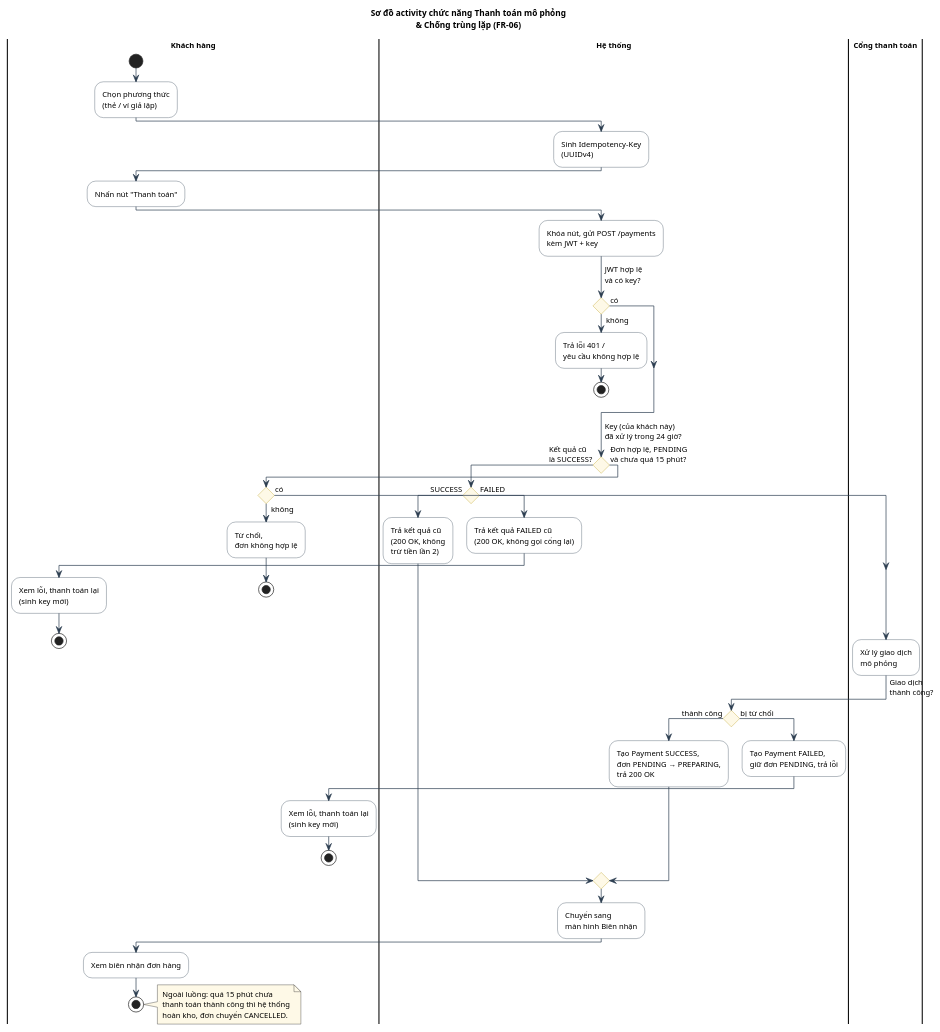
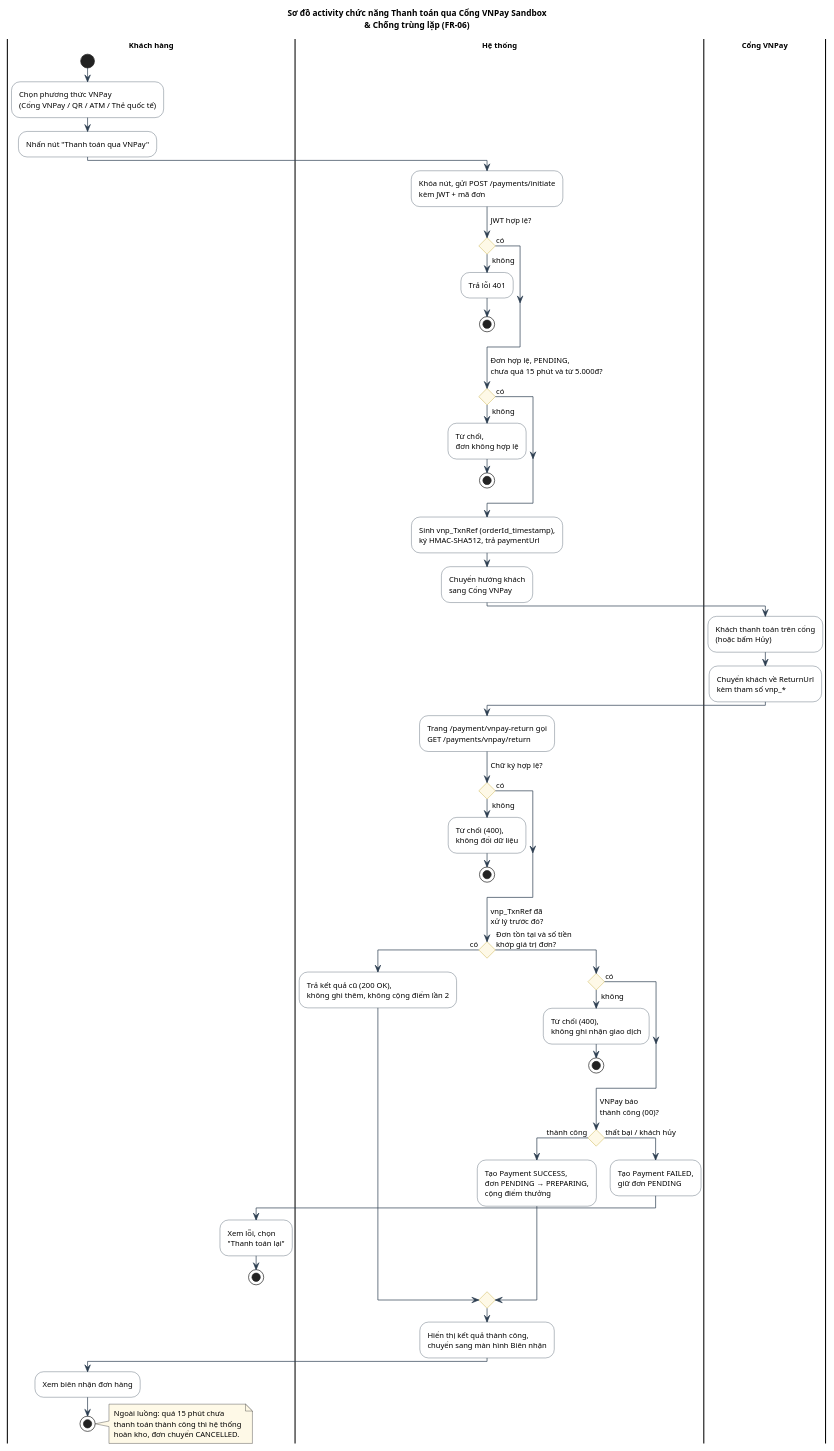
One commit to Phuc280106/BrewLite2 changed the diagram in docs/diagrams/payment/activity-payment.puml. Above: the diagram before and after it, drawn with PlantUML. The commit also changed 20 other files, not shown here.

Commit message:
feat(payment): tich hop cong thanh toan VNPay Sandbox va go bo nut gia lap

```diff
--- a/docs/diagrams/payment/activity-payment.puml
+++ b/docs/diagrams/payment/activity-payment.puml
@@ -1,86 +1,92 @@
 @startuml
-title Sơ đồ activity chức năng Thanh toán mô phỏng\n& Chống trùng lặp (FR-06)
+title Sơ đồ activity chức năng Thanh toán qua Cổng VNPay Sandbox\n& Chống trùng lặp (FR-06)
 
 skinparam defaultFontSize 11
 skinparam titleFontSize 12
 skinparam Padding 1
 skinparam ConditionStyle diamond
 skinparam ConditionEndStyle diamond
 skinparam ActivityPadding 4
 skinparam ActivityBackgroundColor #FFFFFF
 skinparam ActivityBorderColor #2C3E50
 skinparam ArrowColor #2C3E50
 skinparam ActivityDiamondBackgroundColor #FEF9E7
 skinparam ActivityDiamondBorderColor #B7950B
 skinparam swimlaneTitleFontStyle bold
 skinparam NoteBackgroundColor #FEF9E7
 
 |Khách hàng|
 start
-:Chọn phương thức\n(thẻ / ví giả lập);
+:Chọn phương thức VNPay\n(Cổng VNPay / QR / ATM / Thẻ quốc tế);
+:Nhấn nút "Thanh toán qua VNPay";
 
 |Hệ thống|
-:Sinh Idempotency-Key\n(UUIDv4);
+:Khóa nút, gửi POST /payments/initiate\nkèm JWT + mã đơn;
 
-|Khách hàng|
-:Nhấn nút "Thanh toán";
-
-|Hệ thống|
-:Khóa nút, gửi POST /payments\nkèm JWT + key;
-
--> JWT hợp lệ\nvà có key?;
+-> JWT hợp lệ?;
 if () then (không)
-  :Trả lỗi 401 /\nyêu cầu không hợp lệ;
+  :Trả lỗi 401;
   stop
 else (có)
 endif
 
--> Key (của khách này)\nđã xử lý trong 24 giờ?;
+-> Đơn hợp lệ, PENDING,\nchưa quá 15 phút và từ 5.000đ?;
+if () then (không)
+  :Từ chối,\nđơn không hợp lệ;
+  stop
+else (có)
+endif
+
+:Sinh vnp_TxnRef (orderId_timestamp),\nký HMAC-SHA512, trả paymentUrl;
+:Chuyển hướng khách\nsang Cổng VNPay;
+
+|Cổng VNPay|
+:Khách thanh toán trên cổng\n(hoặc bấm Hủy);
+:Chuyển khách về ReturnUrl\nkèm tham số vnp_*;
+
+|Hệ thống|
+:Trang /payment/vnpay-return gọi\nGET /payments/vnpay/return;
+
+-> Chữ ký hợp lệ?;
+if () then (không)
+  :Từ chối (400),\nkhông đổi dữ liệu;
+  stop
+else (có)
+endif
+
+-> vnp_TxnRef đã\nxử lý trước đó?;
 if () then (có)
-  -> Kết quả cũ\nlà SUCCESS?;
-  if () then (SUCCESS)
-    :Trả kết quả cũ\n(200 OK, không\ntrừ tiền lần 2);
-  else (FAILED)
-    :Trả kết quả FAILED cũ\n(200 OK, không gọi cổng lại);
-
-    |Khách hàng|
-    :Xem lỗi, thanh toán lại\n(sinh key mới);
-    stop
-  endif
+  :Trả kết quả cũ (200 OK),\nkhông ghi thêm, không cộng điểm lần 2;
 else (chưa)
-  -> Đơn hợp lệ, PENDING\nvà chưa quá 15 phút?;
+  -> Đơn tồn tại và số tiền\nkhớp giá trị đơn?;
   if () then (không)
-    :Từ chối,\nđơn không hợp lệ;
+    :Từ chối (400),\nkhông ghi nhận giao dịch;
     stop
   else (có)
   endif
 
-  |Cổng thanh toán|
-  :Xử lý giao dịch\nmô phỏng;
-
-  |Hệ thống|
-  -> Giao dịch\nthành công?;
+  -> VNPay báo\nthành công (00)?;
   if () then (thành công)
-    :Tạo Payment SUCCESS,\nđơn PENDING → PREPARING,\ntrả 200 OK;
-  else (bị từ chối)
-    :Tạo Payment FAILED,\ngiữ đơn PENDING, trả lỗi;
+    :Tạo Payment SUCCESS,\nđơn PENDING → PREPARING,\ncộng điểm thưởng;
+  else (thất bại / khách hủy)
+    :Tạo Payment FAILED,\ngiữ đơn PENDING;
 
     |Khách hàng|
-    :Xem lỗi, thanh toán lại\n(sinh key mới);
+    :Xem lỗi, chọn\n"Thanh toán lại";
     stop
   endif
 endif
 
 |Hệ thống|
-:Chuyển sang\nmàn hình Biên nhận;
+:Hiển thị kết quả thành công,\nchuyển sang màn hình Biên nhận;
 
 |Khách hàng|
 :Xem biên nhận đơn hàng;
 stop
 
 note right
   Ngoài luồng: quá 15 phút chưa
   thanh toán thành công thì hệ thống
   hoàn kho, đơn chuyển CANCELLED.
 end note
 @enduml
```
